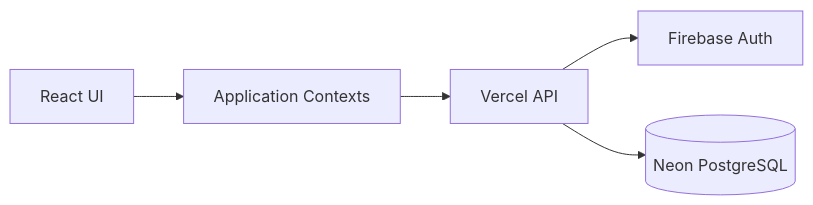
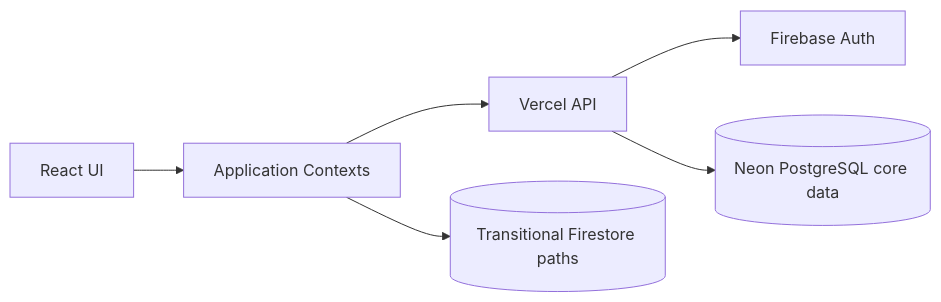
Before and after one commit to dopaminedungeon/dopamine-dungeon: the diagram in docs/architecture/SYSTEM_OVERVIEW.md, drawn with Mermaid. The commit also changed other lines of this file and 21 other files, not shown here.

````diff
--- a/docs/architecture/SYSTEM_OVERVIEW.md
+++ b/docs/architecture/SYSTEM_OVERVIEW.md
@@ -33,13 +31,15 @@
 ```mermaid
 flowchart LR
     UI[React UI]
     CTX[Application Contexts]
     API[Vercel API]
     AUTH[Firebase Auth]
-    DB[(Neon PostgreSQL)]
+    CORE[(Neon PostgreSQL core data)]
+    TRANS[(Transitional Firestore paths)]
 
     UI --> CTX
     CTX --> API
     API --> AUTH
-    API --> DB
+    API --> CORE
+    CTX --> TRANS
 ```
````
